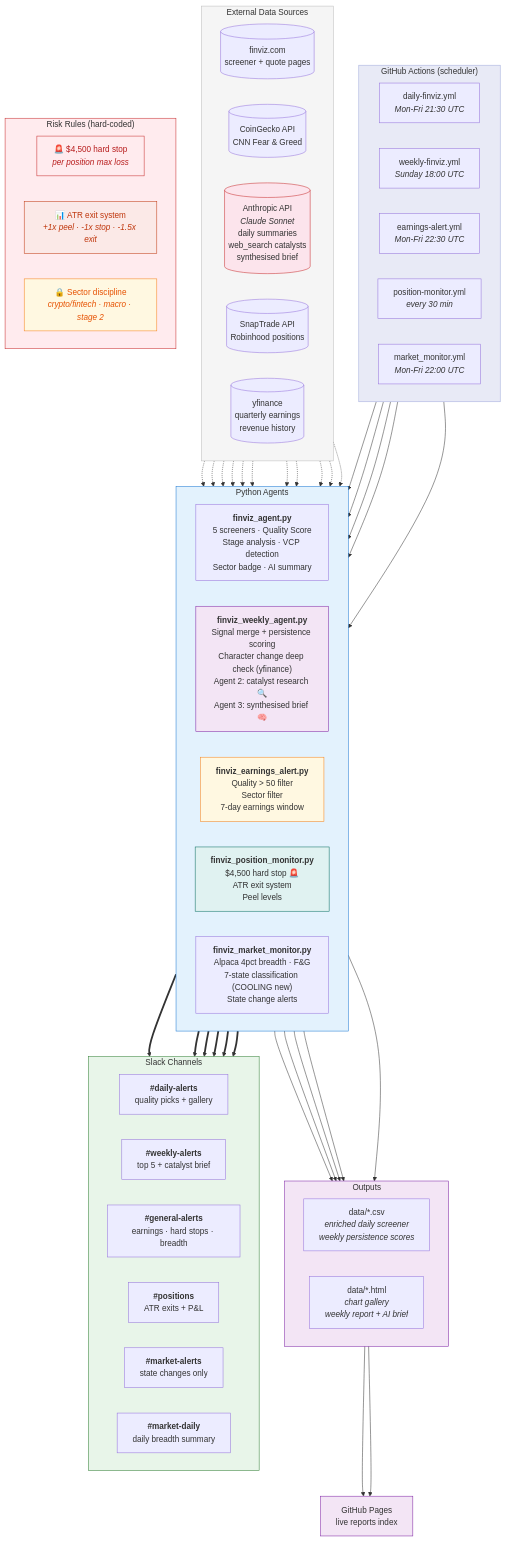
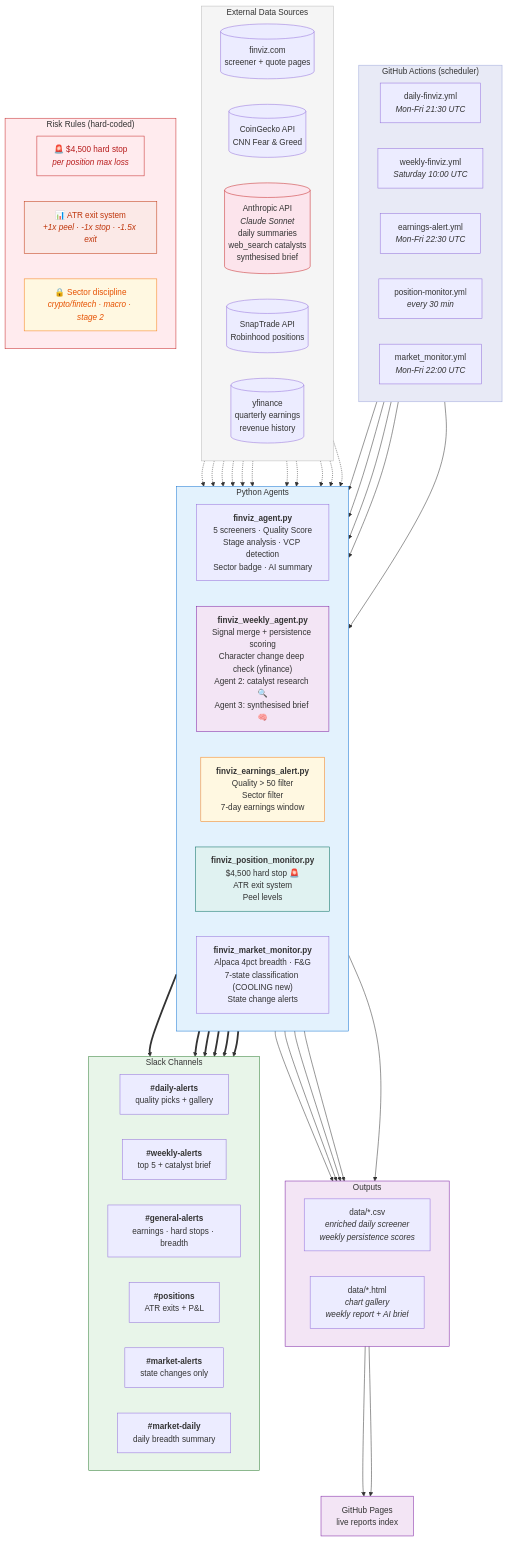
Before and after one commit to AnanthSrinivasan/finviz-screener-agent: the diagram in SYSTEM_DOCS.md, drawn with Mermaid. The commit also changed other lines of this file and 1 other file, not shown here.

Commit message:
docs: update weekly review schedule to 10:00 UTC Saturday in CLAUDE.md + SYSTEM_DOCS.md

```diff
--- a/SYSTEM_DOCS.md
+++ b/SYSTEM_DOCS.md
@@ -35,7 +35,7 @@
     subgraph GHA["GitHub Actions (scheduler)"]
         direction LR
         W1["daily-finviz.yml<br/><i>Mon-Fri 21:30 UTC</i>"]
-        W2["weekly-finviz.yml<br/><i>Sunday 18:00 UTC</i>"]
+        W2["weekly-finviz.yml<br/><i>Saturday 10:00 UTC</i>"]
         W3["earnings-alert.yml<br/><i>Mon-Fri 22:30 UTC</i>"]
         W4["position-monitor.yml<br/><i>every 30 min</i>"]
         W5["market_monitor.yml<br/><i>Mon-Fri 22:00 UTC</i>"]
```
